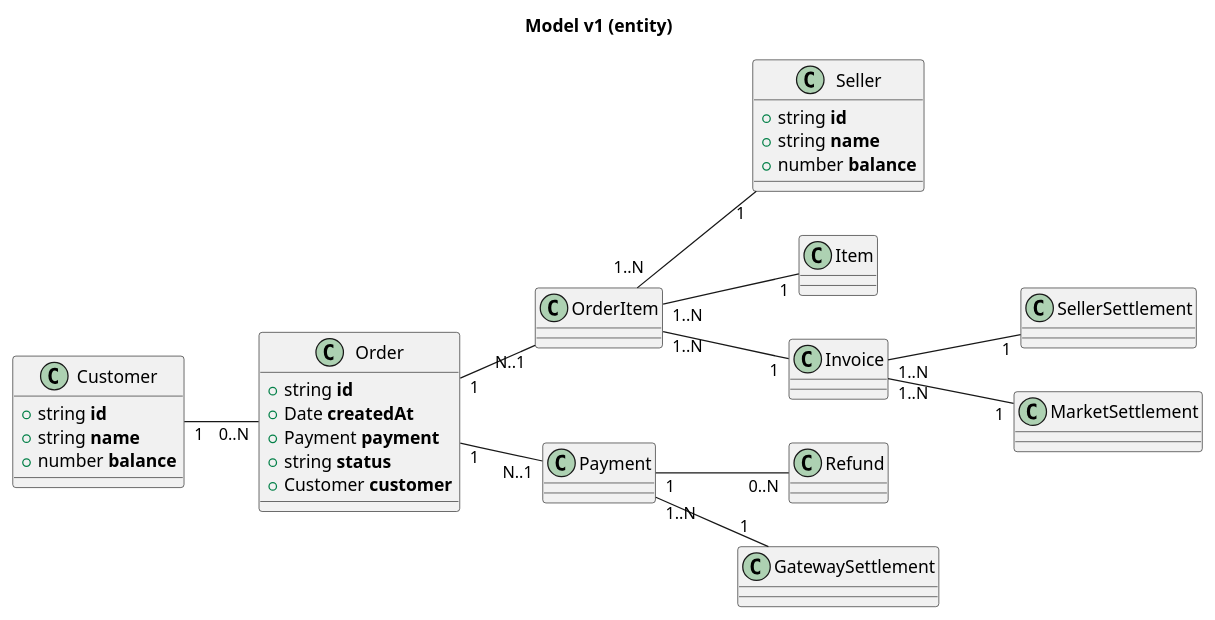
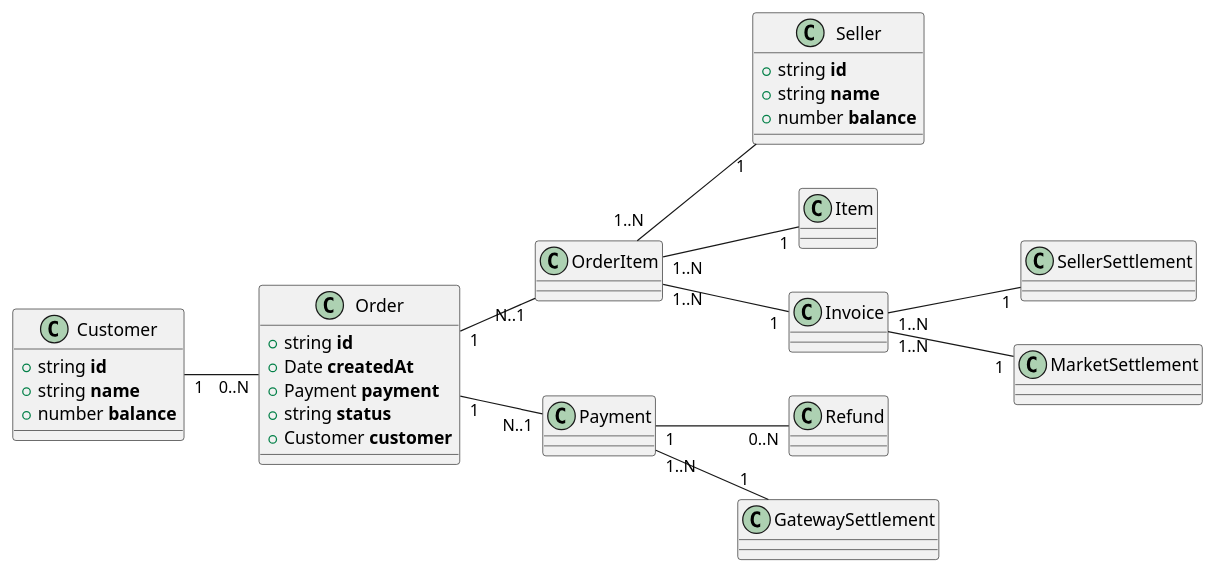
One commit to opsway/nodal changed the diagram in docs/v1/entity.puml. Above: the diagram before and after it, drawn with PlantUML. The commit also changed 2 other files, not shown here.

```diff
--- a/docs/v1/entity.puml
+++ b/docs/v1/entity.puml
@@ -1,37 +1,36 @@
 @startuml
 
-title <b>Model v1 (entity)</b>
 left to right direction
 skinparam shadowing false
 
 class Customer {
   +string **id**
   +string **name**
   +number **balance**
 }
 
 class Seller {
   +string **id**
   +string **name**
   +number **balance**
 }
 
 class Order {
   +string **id**
   +Date **createdAt**
   +Payment **payment**
   +string **status**
   +Customer **customer**
 }
 
 Customer "1" -- "0..N" Order
 Order "1" -- "N..1" OrderItem
 Order "1" -- "N..1" Payment
 Payment "1" -- "0..N" Refund
 OrderItem "1..N" -- "1" Item
 OrderItem "1..N" -- "1" Seller
 OrderItem "1..N" -- "1" Invoice
 Payment "1..N" -- "1" GatewaySettlement
 Invoice "1..N" -- "1" SellerSettlement
 Invoice "1..N" -- "1" MarketSettlement
 @enduml
```
